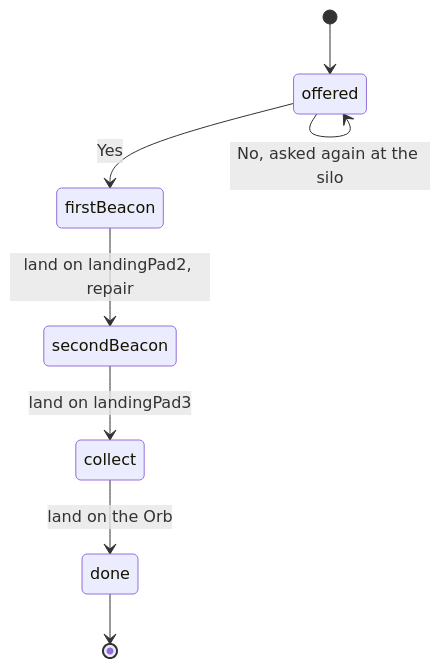
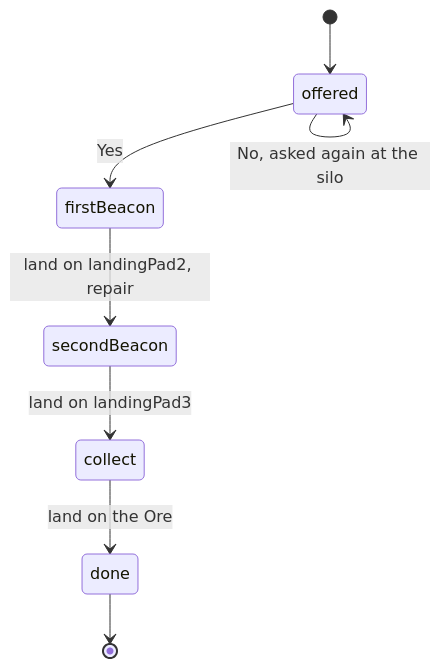
The second of 3 diagrams in leapfrog-game/documentation/lua_guide.md (stfrha/leapfrog), drawn with Mermaid before and after one commit. The commit also changed other lines of this file and 16 other files, not shown here.

Commit message:
Renamed orb to ore, corrected tests, one fail still remains

````diff
--- a/leapfrog-game/documentation/lua_guide.md
+++ b/leapfrog-game/documentation/lua_guide.md
@@ -108,10 +108,10 @@
 ```mermaid
 stateDiagram-v2
     [*] --> offered
     offered --> offered: No, asked again at the silo
     offered --> firstBeacon: Yes
     firstBeacon --> secondBeacon: land on landingPad2, repair
     secondBeacon --> collect: land on landingPad3
-    collect --> done: land on the Orb
+    collect --> done: land on the Ore
     done --> [*]
 ```
````
